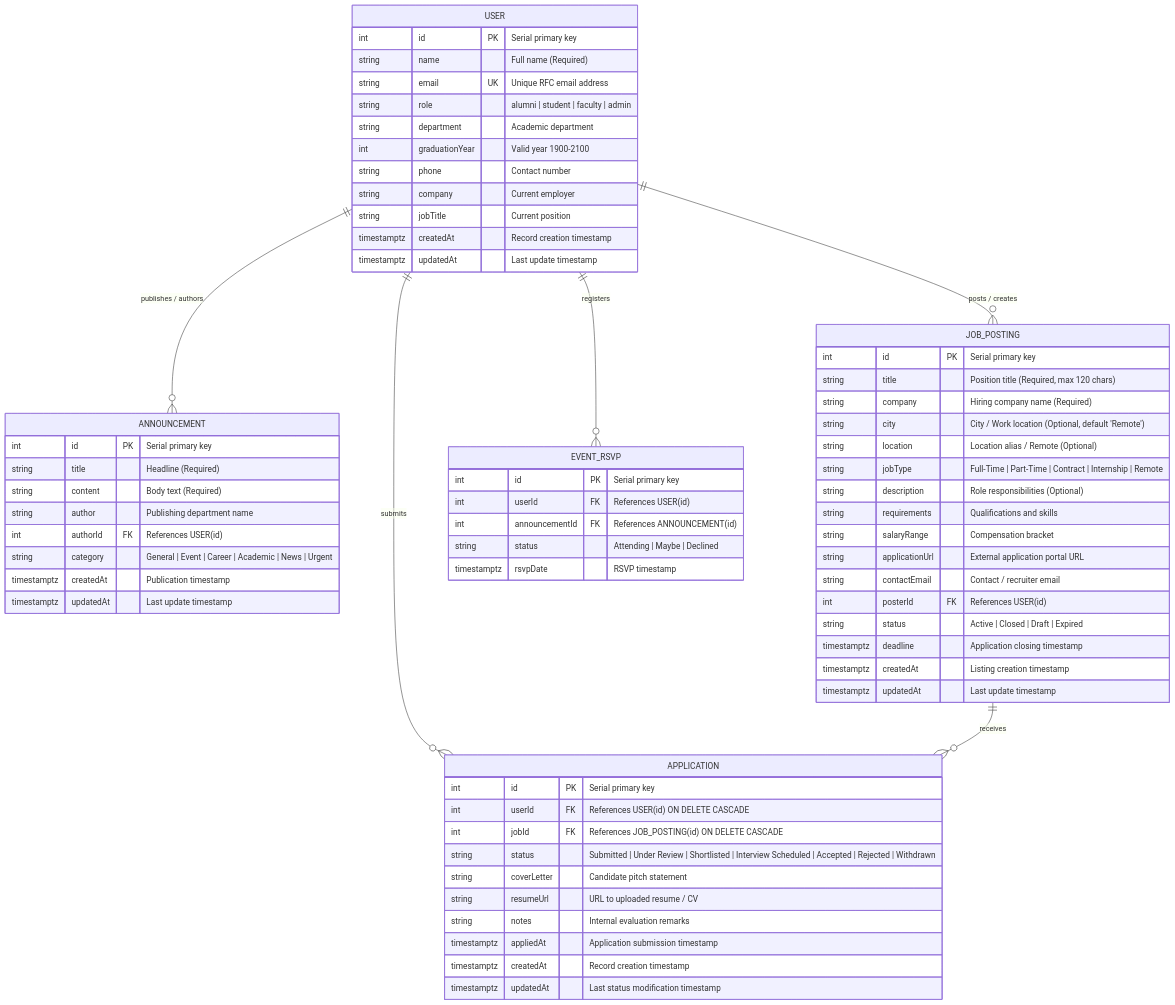
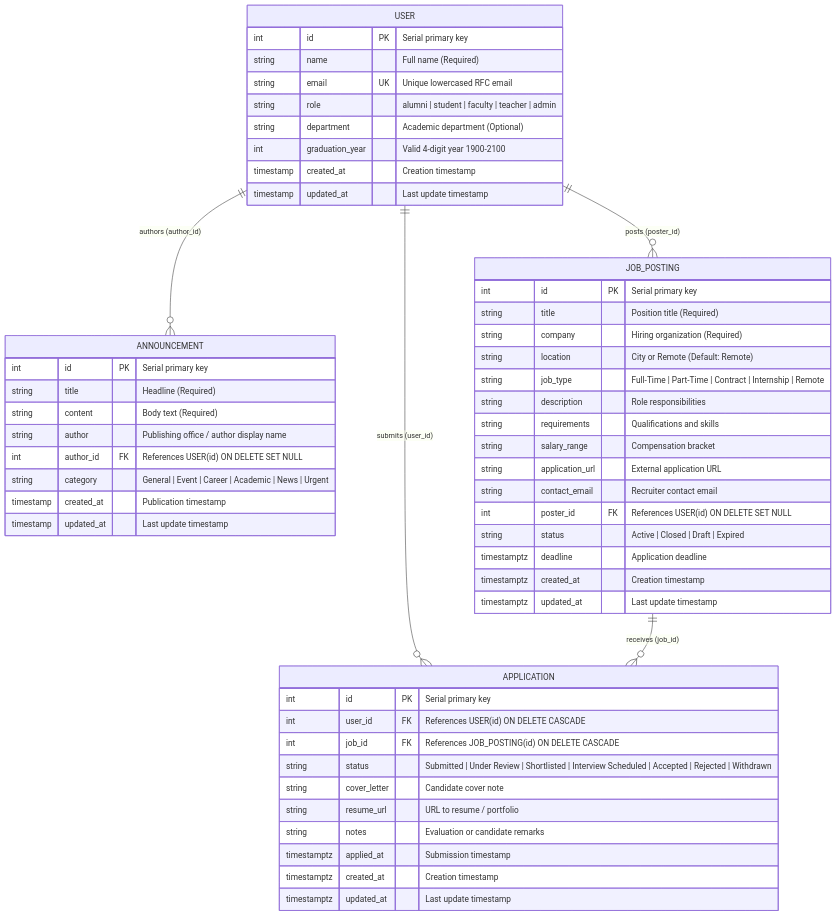
The diagram in docs/ddd.md (zhevadpal-dev/Alumni), drawn with Mermaid before and after one commit. The commit also changed other lines of this file and 1 other file, not shown here.

````diff
--- a/docs/ddd.md
+++ b/docs/ddd.md
@@ -168,73 +268,60 @@
 ```mermaid
 erDiagram
-    USER ||--o{ ANNOUNCEMENT : "publishes / authors"
-    USER ||--o{ JOB_POSTING : "posts / creates"
-    USER ||--o{ APPLICATION : "submits"
-    JOB_POSTING ||--o{ APPLICATION : "receives"
-    USER ||--o{ EVENT_RSVP : "registers"
+    USER ||--o{ ANNOUNCEMENT : "authors (author_id)"
+    USER ||--o{ JOB_POSTING : "posts (poster_id)"
+    USER ||--o{ APPLICATION : "submits (user_id)"
+    JOB_POSTING ||--o{ APPLICATION : "receives (job_id)"
 
     USER {
         int id PK "Serial primary key"
         string name "Full name (Required)"
-        string email UK "Unique RFC email address"
-        string role "alumni | student | faculty | admin"
-        string department "Academic department"
-        int graduationYear "Valid year 1900-2100"
-        string phone "Contact number"
-        string company "Current employer"
-        string jobTitle "Current position"
-        timestamptz createdAt "Record creation timestamp"
-        timestamptz updatedAt "Last update timestamp"
+        string email UK "Unique lowercased RFC email"
+        string role "alumni | student | faculty | teacher | admin"
+        string department "Academic department (Optional)"
+        int graduation_year "Valid 4-digit year 1900-2100"
+        timestamp created_at "Creation timestamp"
+        timestamp updated_at "Last update timestamp"
     }
 
     ANNOUNCEMENT {
         int id PK "Serial primary key"
         string title "Headline (Required)"
         string content "Body text (Required)"
-        string author "Publishing department name"
-        int authorId FK "References USER(id)"
+        string author "Publishing office / author display name"
+        int author_id FK "References USER(id) ON DELETE SET NULL"
         string category "General | Event | Career | Academic | News | Urgent"
-        timestamptz createdAt "Publication timestamp"
-        timestamptz updatedAt "Last update timestamp"
+        timestamp created_at "Publication timestamp"
+        timestamp updated_at "Last update timestamp"
     }
 
     JOB_POSTING {
         int id PK "Serial primary key"
-        string title "Position title (Required, max 120 chars)"
-        string company "Hiring company name (Required)"
-        string city "City / Work location (Optional, default 'Remote')"
-        string location "Location alias / Remote (Optional)"
-        string jobType "Full-Time | Part-Time | Contract | Internship | Remote"
-        string description "Role responsibilities (Optional)"
+        string title "Position title (Required)"
+        string company "Hiring organization (Required)"
+        string location "City or Remote (Default: Remote)"
+        string job_type "Full-Time | Part-Time | Contract | Internship | Remote"
+        string description "Role responsibilities"
         string requirements "Qualifications and skills"
-        string salaryRange "Compensation bracket"
-        string applicationUrl "External application portal URL"
-        string contactEmail "Contact / recruiter email"
-        int posterId FK "References USER(id)"
+        string salary_range "Compensation bracket"
+        string application_url "External application URL"
+        string contact_email "Recruiter contact email"
+        int poster_id FK "References USER(id) ON DELETE SET NULL"
         string status "Active | Closed | Draft | Expired"
-        timestamptz deadline "Application closing timestamp"
-        timestamptz createdAt "Listing creation timestamp"
-        timestamptz updatedAt "Last update timestamp"
+        timestamptz deadline "Application deadline"
+        timestamptz created_at "Creation timestamp"
+        timestamptz updated_at "Last update timestamp"
     }
 
     APPLICATION {
         int id PK "Serial primary key"
-        int userId FK "References USER(id) ON DELETE CASCADE"
-        int jobId FK "References JOB_POSTING(id) ON DELETE CASCADE"
+        int user_id FK "References USER(id) ON DELETE CASCADE"
+        int job_id FK "References JOB_POSTING(id) ON DELETE CASCADE"
         string status "Submitted | Under Review | Shortlisted | Interview Scheduled | Accepted | Rejected | Withdrawn"
-        string coverLetter "Candidate pitch statement"
-        string resumeUrl "URL to uploaded resume / CV"
-        string notes "Internal evaluation remarks"
-        timestamptz appliedAt "Application submission timestamp"
-        timestamptz createdAt "Record creation timestamp"
-        timestamptz updatedAt "Last status modification timestamp"
-    }
-
-    EVENT_RSVP {
-        int id PK "Serial primary key"
-        int userId FK "References USER(id)"
-        int announcementId FK "References ANNOUNCEMENT(id)"
-        string status "Attending | Maybe | Declined"
-        timestamptz rsvpDate "RSVP timestamp"
+        string cover_letter "Candidate cover note"
+        string resume_url "URL to resume / portfolio"
+        string notes "Evaluation or candidate remarks"
+        timestamptz applied_at "Submission timestamp"
+        timestamptz created_at "Creation timestamp"
+        timestamptz updated_at "Last update timestamp"
     }
 ```
````
